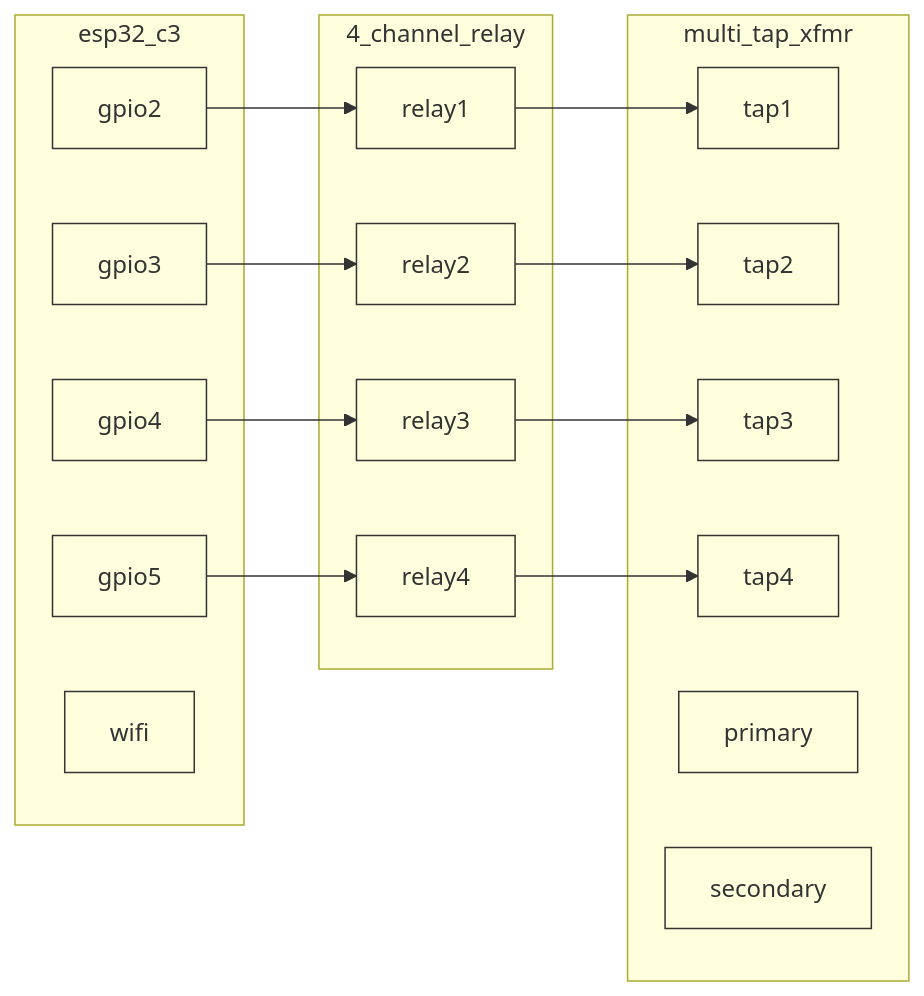
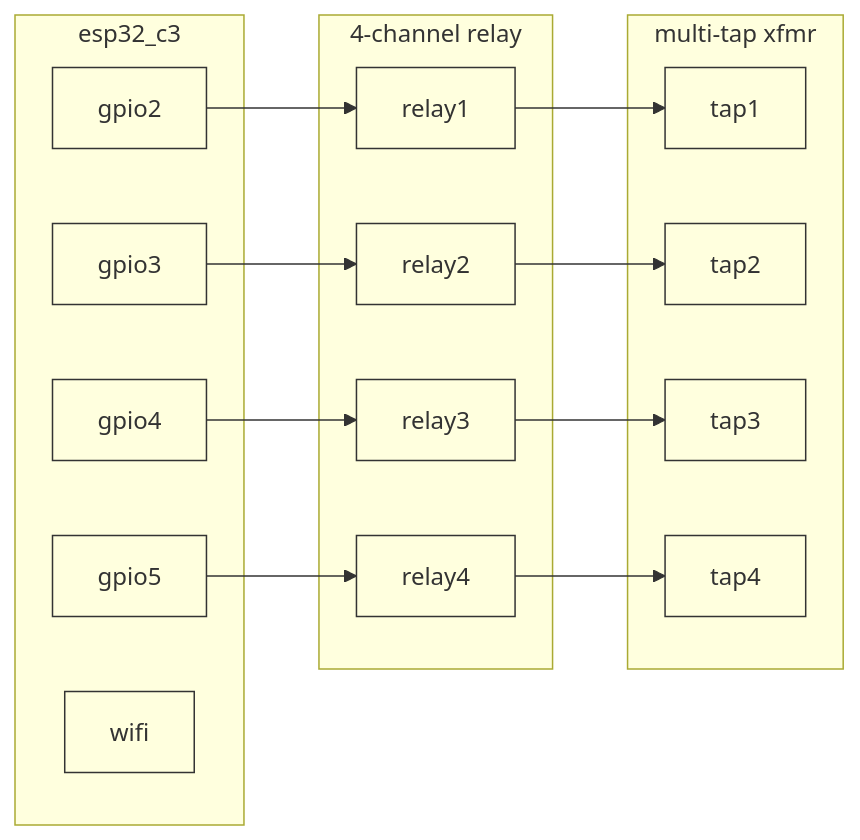
The diagram in readme.md (arcnode-io/dlr-pst-sim), drawn with Mermaid before and after one commit. The commit also changed other lines of this file, not shown here.

````diff
--- a/readme.md
+++ b/readme.md
@@ -25,38 +29,31 @@
 ```mermaid
 flowchart LR
 classDef default fill:transparent,stroke:#333
 
 subgraph esp32_c3
   gpio2
   gpio3
   gpio4
   gpio5
   wifi
 end
 
-subgraph 4_channel_relay
+subgraph relay_module [4-channel relay]
   relay1
   relay2
   relay3
   relay4
 end
 
-subgraph multi_tap_xfmr
+subgraph transformer [multi-tap xfmr]
   tap1
   tap2
   tap3
   tap4
-  primary
-  secondary
 end
 
-gpio2 --> relay1
-gpio3 --> relay2
-gpio4 --> relay3
-gpio5 --> relay4
-
-relay1 --> tap1
-relay2 --> tap2
-relay3 --> tap3
-relay4 --> tap4
+gpio2 --> relay1 --> tap1
+gpio3 --> relay2 --> tap2
+gpio4 --> relay3 --> tap3
+gpio5 --> relay4 --> tap4
 ```
````
